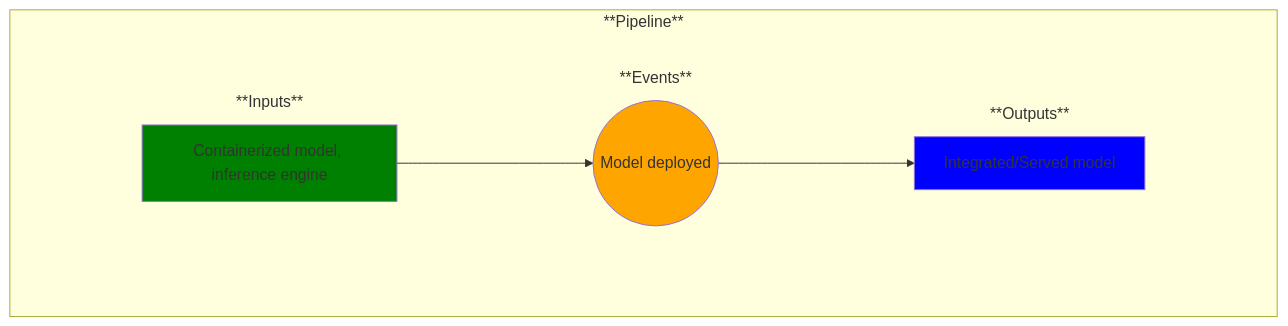
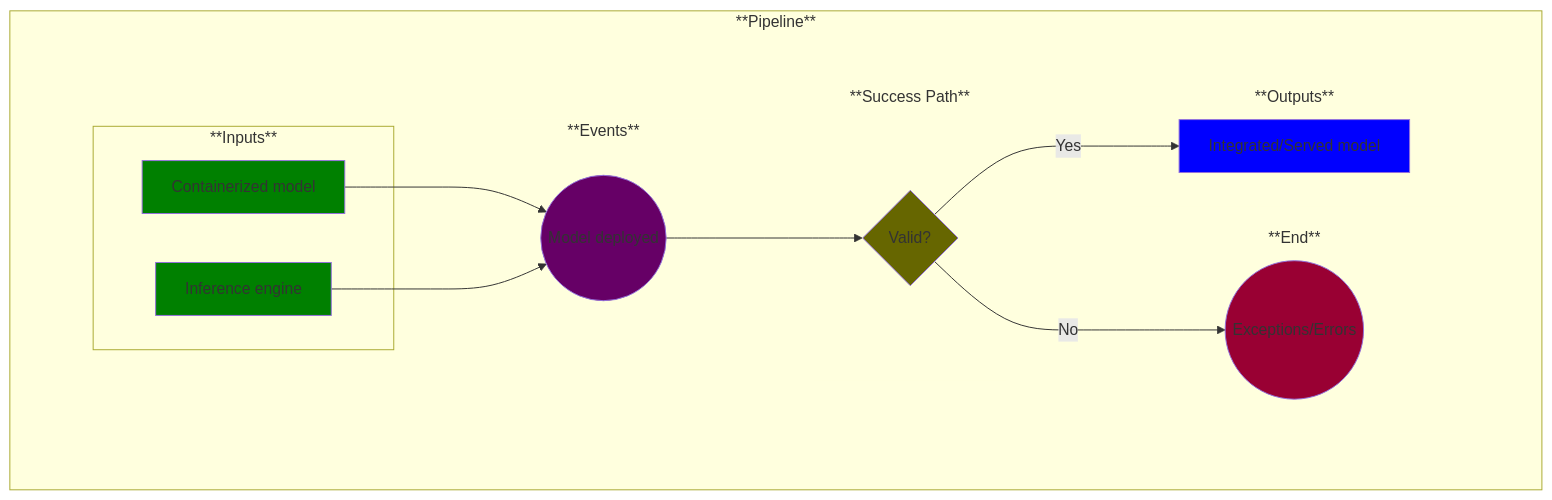
One commit to MLOps-OpenAPI/arch-diagrams changed the diagram in use-cases/19-model-deployment.md. Above: the diagram before and after it, drawn with Mermaid. The commit also changed other lines of this file and 5 other files, not shown here.

````diff
--- a/use-cases/19-model-deployment.md
+++ b/use-cases/19-model-deployment.md
@@ -15,51 +16,75 @@
 ```mermaid
 
 %% Creating a left-to-right flowchart
 %% Learn the syntax here: https://mermaid.js.org/syntax/flowchart.html
 %% Note: flowchart and graph are the same in Mermaid
 graph LR;
 
     %% Define the common flow items:
     %%A--> B
     %%B-->C
     subgraph Pipeline ["**Pipeline**"]
         
         %% Add an empty node to overcome some formatting issues
         subgraph invisibleSpace["<br/>"]
 
             %% Add the rest of the nodes
             subgraph Inputs ["**Inputs**"]
-                A
+                A1
+            end
+            subgraph Inputs ["**Inputs**"]
+                A2
             end
             subgraph Events ["**Events**"]
                 B
             end
-            subgraph Outputs ["**Outputs**"]
+            subgraph Success ["**Success Path**"]
                 C
             end
+            subgraph End ["**End**"]
+                D
+            end
+            subgraph Outputs ["**Outputs**"]
+                E
+            end
         end
-        A-->B
+        A1-->B
+        A2-->B
         %%C--> | test text | D
         B-->C
+        C--> | No | D
+        C--> | Yes | E
         %%D--> | test text | E
     end
 
     %% Now label and style the blocks
     %% Note: You could have done this above, but I find this to be cleaner and easier to manage
 
-    A[Containerized model, inference engine]
-    style A fill:green
+    A1[Containerized model]
+    style A1 fill:green
+
+    A2[Inference engine]
+    style A2 fill:green
 
     B((Model deployed))
-    style B fill:orange
+    style B fill:#660066
 
-    C[Integrated/Served model]
-    style C fill:blue
+    C{Valid?}
+    style C fill:#666600
+
+    D((Exceptions/Errors))
+    style D fill:#990033
+
+    E[Integrated/Served model]
+    style E fill:blue
 
     %% Remove unnecessary box outlines
     style invisibleSpace stroke-width:0
     style Inputs stroke-width:0
     style Events stroke-width:0
+    style End stroke-width:0
+    style Success stroke-width:0
     style Outputs stroke-width:0
 
+
 ```
````
